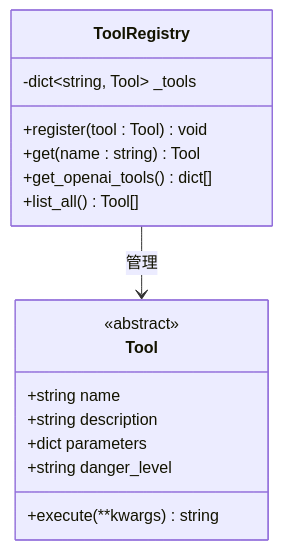
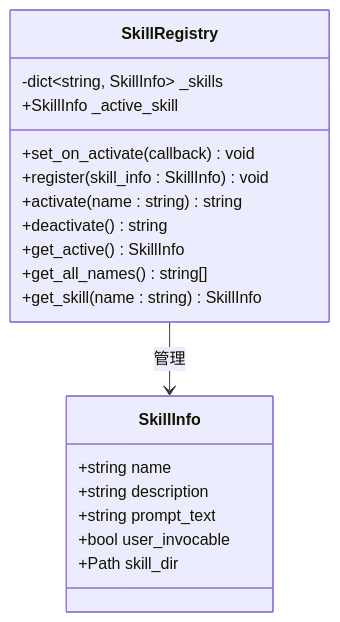
The fourth of 15 diagrams in .qoder/repowiki/zh/content/架构设计/架构设计.md (250shiwo/MySmallAgent), drawn with Mermaid before and after one commit. The commit also changed other lines of this file and 28 other files, not shown here.

````diff
--- a/.qoder/repowiki/zh/content/架构设计/架构设计.md
+++ b/.qoder/repowiki/zh/content/架构设计/架构设计.md
@@ -148,19 +195,22 @@
 ```mermaid
 classDiagram
-class Tool {
-<<abstract>>
+class SkillInfo {
 +string name
 +string description
-+dict parameters
-+string danger_level
-+execute(**kwargs) string
++string prompt_text
++bool user_invocable
++Path skill_dir
 }
-class ToolRegistry {
--dict~string, Tool~ _tools
-+register(tool : Tool) void
-+get(name : string) Tool
-+get_openai_tools() dict[]
-+list_all() Tool[]
+class SkillRegistry {
+-dict~string, SkillInfo~ _skills
++SkillInfo _active_skill
++set_on_activate(callback) void
++register(skill_info : SkillInfo) void
++activate(name : string) string
++deactivate() string
++get_active() SkillInfo
++get_all_names() string[]
++get_skill(name : string) SkillInfo
 }
-ToolRegistry --> Tool : 管理
+SkillRegistry --> SkillInfo : 管理
 ```
````
